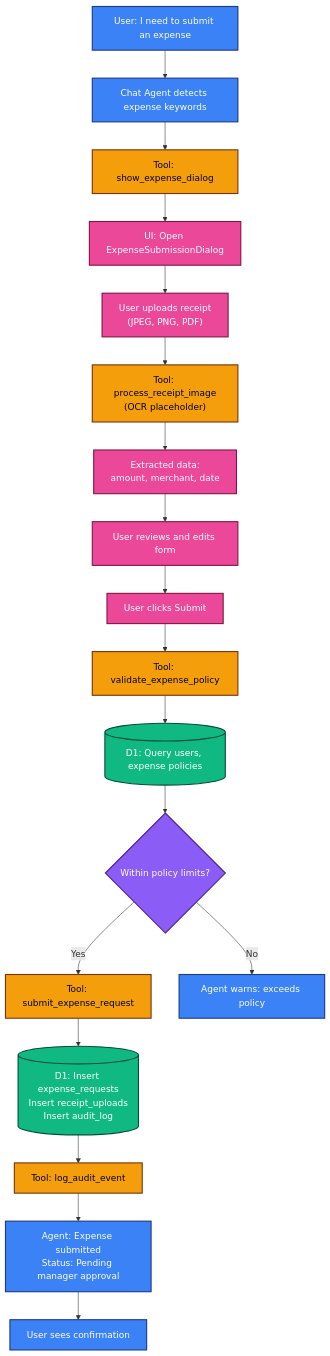
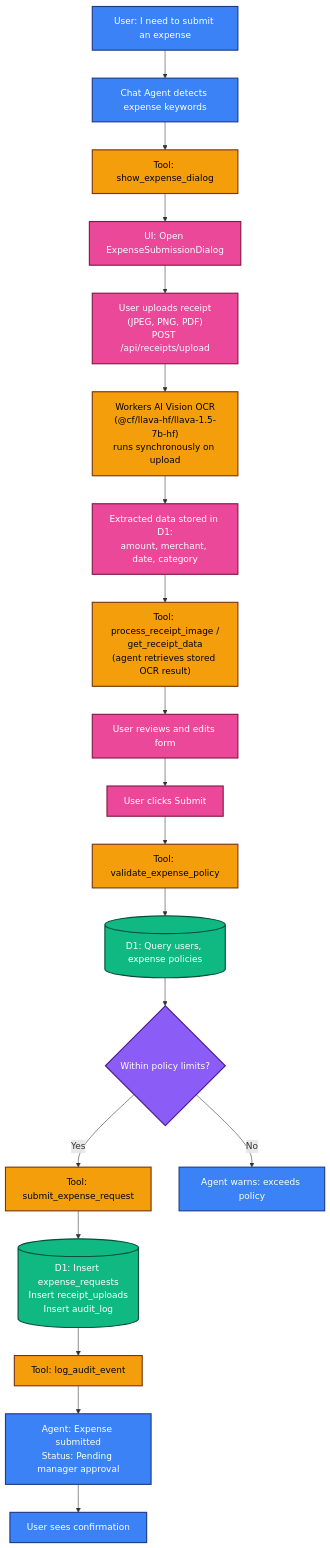
One commit to RamyaLakshmiKS/cf_ai_approvalflow-ai changed the fourth of 9 diagrams in docs/ARCHITECTURE.md. Above: the diagram before and after it, drawn with Mermaid. The commit also changed other lines of this file and 1 other file, not shown here.

````diff
--- a/docs/ARCHITECTURE.md
+++ b/docs/ARCHITECTURE.md
@@ -553,40 +594,41 @@
 ```mermaid
 flowchart TD
   Start["User: I need to submit an expense"]
   Start --> Agent[Chat Agent detects expense keywords]
 
   Agent --> T1[Tool: show_expense_dialog]
   T1 --> UI[UI: Open ExpenseSubmissionDialog]
 
-  UI --> Upload["User uploads receipt<br/>(JPEG, PNG, PDF)"]
-  Upload --> OCR["Tool: process_receipt_image<br/>(OCR placeholder)"]
-  OCR --> Extract["Extracted data:<br/>amount, merchant, date"]
+  UI --> Upload["User uploads receipt<br/>(JPEG, PNG, PDF)<br/>POST /api/receipts/upload"]
+  Upload --> OCR["Workers AI Vision OCR<br/>(@cf/llava-hf/llava-1.5-7b-hf)<br/>runs synchronously on upload"]
+  OCR --> Extract["Extracted data stored in D1:<br/>amount, merchant, date, category"]
+  Extract --> ToolFetch["Tool: process_receipt_image /<br/>get_receipt_data<br/>(agent retrieves stored OCR result)"]
 
-  Extract --> Review[User reviews and edits form]
+  ToolFetch --> Review[User reviews and edits form]
   Review --> Submit[User clicks Submit]
 
   Submit --> T2[Tool: validate_expense_policy]
   T2 --> D1[("D1: Query users, expense policies")]
   D1 --> Valid{Within policy limits?}
 
   Valid -->|Yes| T3[Tool: submit_expense_request]
   Valid -->|No| AgentWarn[Agent warns: exceeds policy]
 
   T3 --> D2[("D1: Insert expense_requests<br/>Insert receipt_uploads<br/>Insert audit_log")]
   D2 --> T4[Tool: log_audit_event]
 
   T4 --> AgentResponse["Agent: Expense submitted<br/>Status: Pending manager approval"]
   AgentResponse --> End[User sees confirmation]
 
   classDef toolNode fill:#f59e0b,stroke:#78350f,stroke-width:2px,color:#000;
   classDef dbNode fill:#10b981,stroke:#064e3b,stroke-width:2px,color:#fff;
   classDef decisionNode fill:#8b5cf6,stroke:#4c1d95,stroke-width:2px,color:#fff;
   classDef userNode fill:#3b82f6,stroke:#1e3a8a,stroke-width:2px,color:#fff;
   classDef uiNode fill:#ec4899,stroke:#831843,stroke-width:2px,color:#fff;
 
-  class T1,T2,T3,T4,OCR toolNode;
+  class T1,T2,T3,T4,OCR,ToolFetch toolNode;
   class D1,D2 dbNode;
   class Valid decisionNode;
   class Start,End,Agent,AgentWarn,AgentResponse userNode;
   class UI,Upload,Extract,Review,Submit uiNode;
 ```
````
